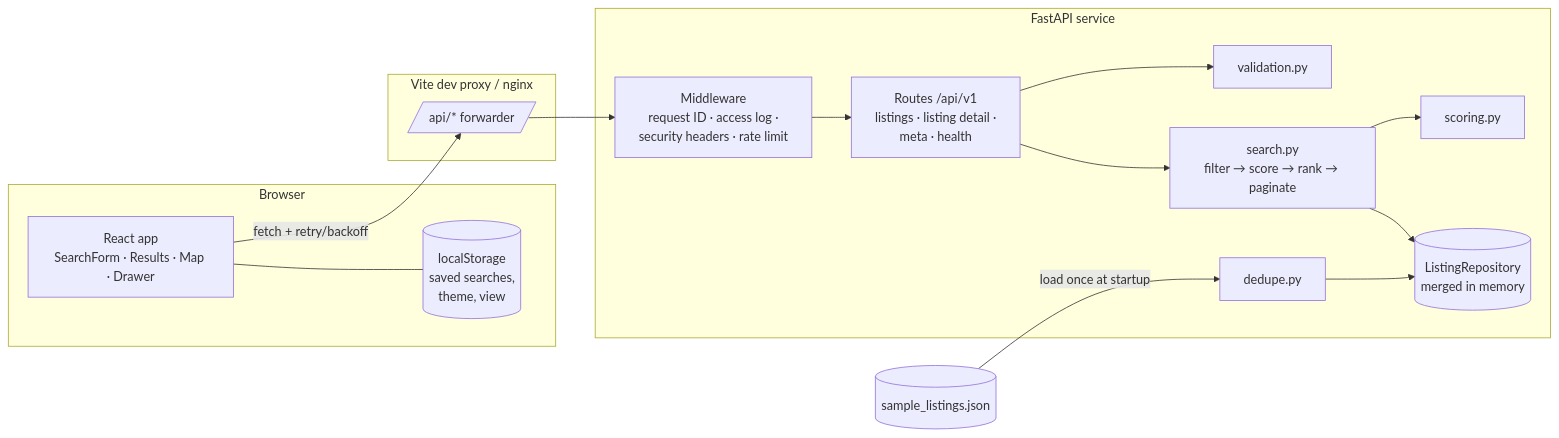
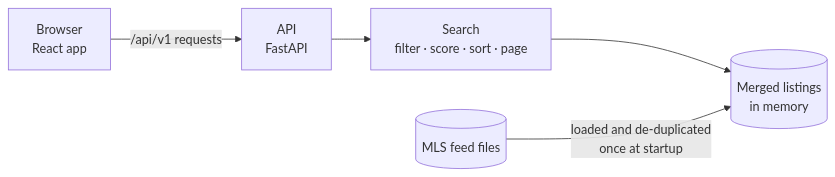
Before and after one commit to Proschansky/listing-search: the diagram in README.md, drawn with Mermaid. The commit also changed other lines of this file and 4 other files, not shown here.

````diff
--- a/README.md
+++ b/README.md
@@ -57,27 +43,7 @@
 ```mermaid
 flowchart LR
-  subgraph Browser
-    UI[React app<br/>SearchForm · Results · Map · Drawer]
-    LS[(localStorage<br/>saved searches,<br/>theme, view)]
-    UI --- LS
-  end
-  subgraph Edge["Vite dev proxy / nginx"]
-    P[/api/* forwarder/]
-  end
-  subgraph API["FastAPI service"]
-    MW[Middleware<br/>request ID · access log ·<br/>security headers · rate limit]
-    R[Routes /api/v1<br/>listings · listing detail ·<br/>meta · health]
-    V[validation.py]
-    S[search.py<br/>filter → score → rank → paginate]
-    SC[scoring.py]
-    REPO[(ListingRepository<br/>merged in memory)]
-    D[dedupe.py]
-  end
-  FEED[(sample_listings.json)]
-
-  UI -- "fetch + retry/backoff" --> P --> MW --> R
-  R --> V
-  R --> S --> SC
-  S --> REPO
-  FEED -- "load once at startup" --> D --> REPO
+  B[Browser<br/>React app] -- "/api/v1 requests" --> A[API<br/>FastAPI]
+  A --> S[Search<br/>filter · score · sort · page]
+  S --> D[(Merged listings<br/>in memory)]
+  F[(MLS feed files)] -- "loaded and de-duplicated<br/>once at startup" --> D
 ```
````
